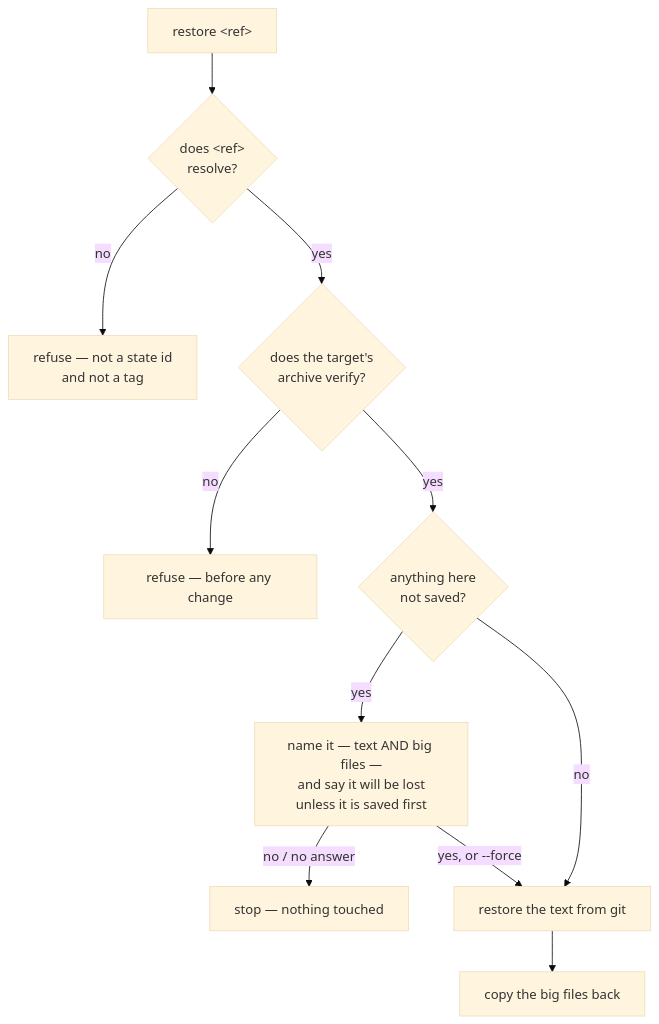
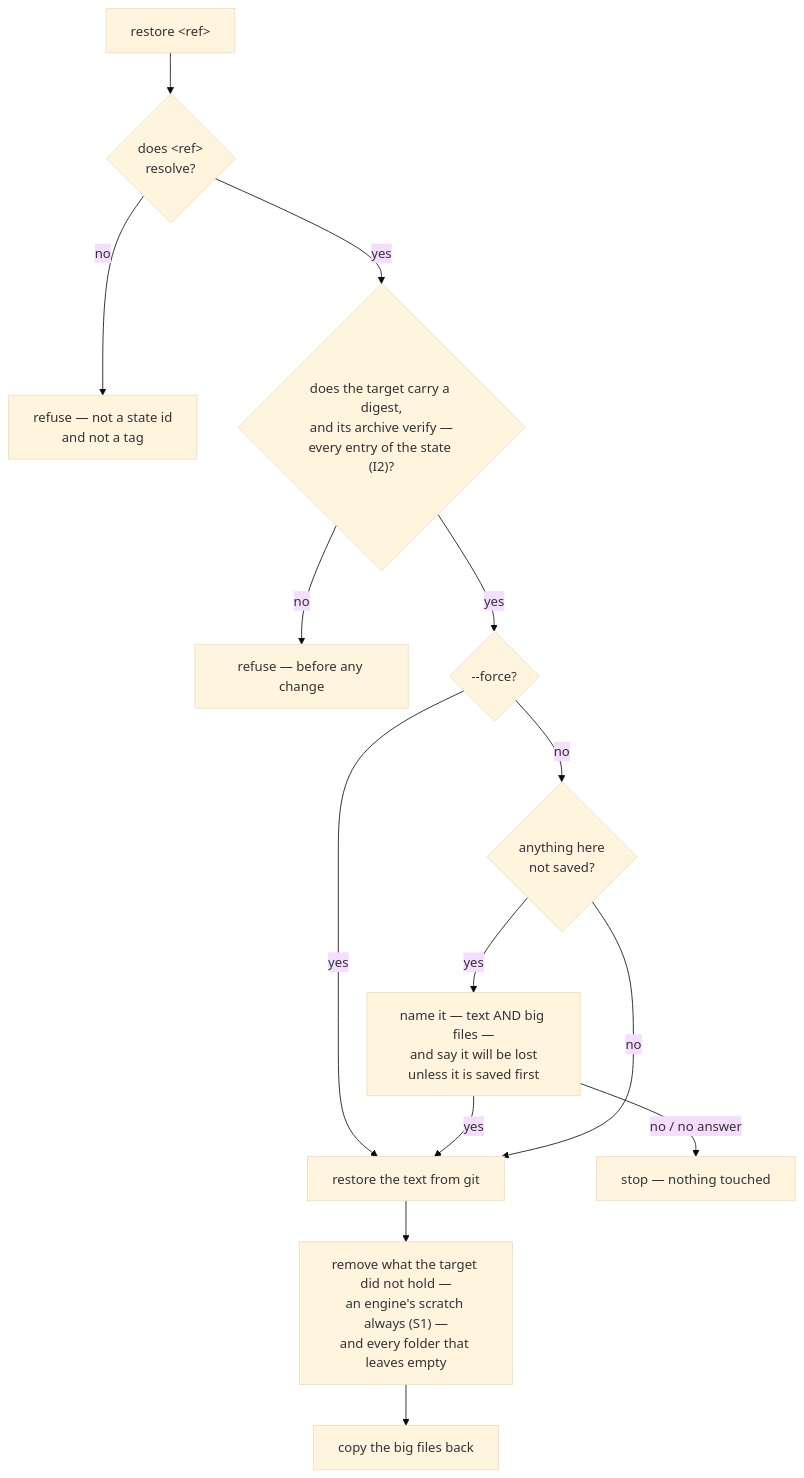
Before and after one commit to Qing-LAB/molbuilder: the fourth of 4 diagrams in docs/execution/checkpointing.md, drawn with Mermaid (base theme). The commit also changed other lines of this file and 54 other files, not shown here.

````diff
--- a/docs/execution/checkpointing.md
+++ b/docs/execution/checkpointing.md
@@ -466,13 +548,16 @@
 ```mermaid
 flowchart TB
     R["restore &lt;ref&gt;"] --> D0{"does &lt;ref&gt;<br/>resolve?"}
     D0 -->|"no"| X0["refuse — not a state id<br/>and not a tag"]
-    D0 -->|"yes"| D3{"does the target's<br/>archive verify?"}
+    D0 -->|"yes"| D3{"does the target carry a digest,<br/>and its archive verify —<br/>every entry of the state (I2)?"}
     D3 -->|"no"| X3["refuse — before any change"]
-    D3 -->|"yes"| D1{"anything here<br/>not saved?"}
+    D3 -->|"yes"| F{"--force?"}
+    F -->|"yes"| G
+    F -->|"no"| D1{"anything here<br/>not saved?"}
     D1 -->|"yes"| Q["name it — text AND big files —<br/>and say it will be lost<br/>unless it is saved first"]
     Q -->|"no / no answer"| X1["stop — nothing touched"]
-    Q -->|"yes, or --force"| G
+    Q -->|"yes"| G
     D1 -->|"no"| G["restore the text from git"]
-    G --> B["copy the big files back"]
+    G --> SW["remove what the target did not hold —<br/>an engine's scratch always (S1) —<br/>and every folder that leaves empty"]
+    SW --> B["copy the big files back"]
 ```
````
